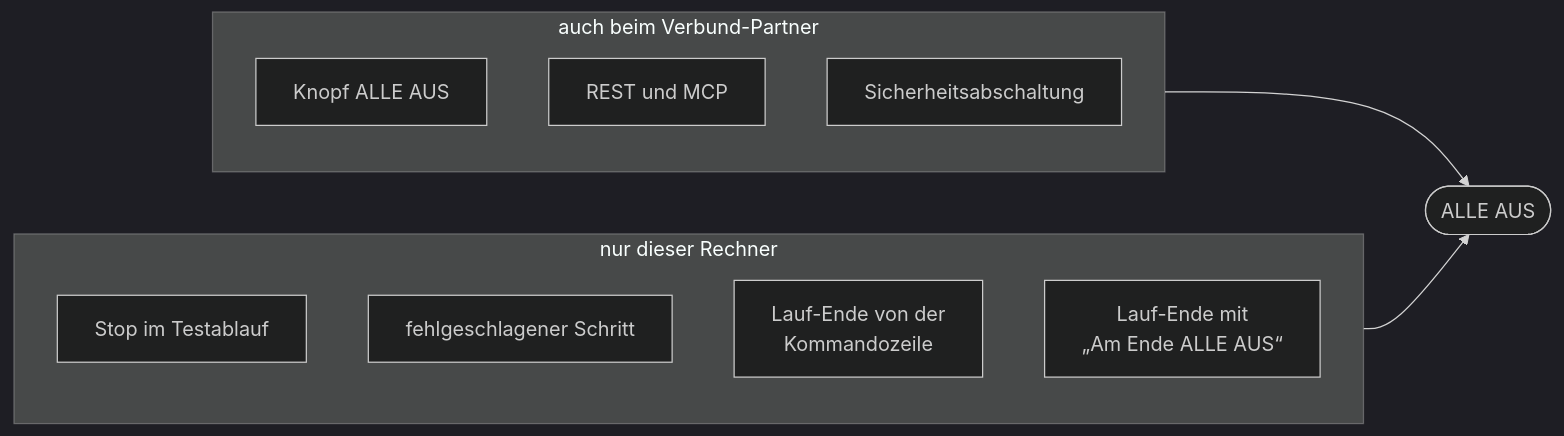
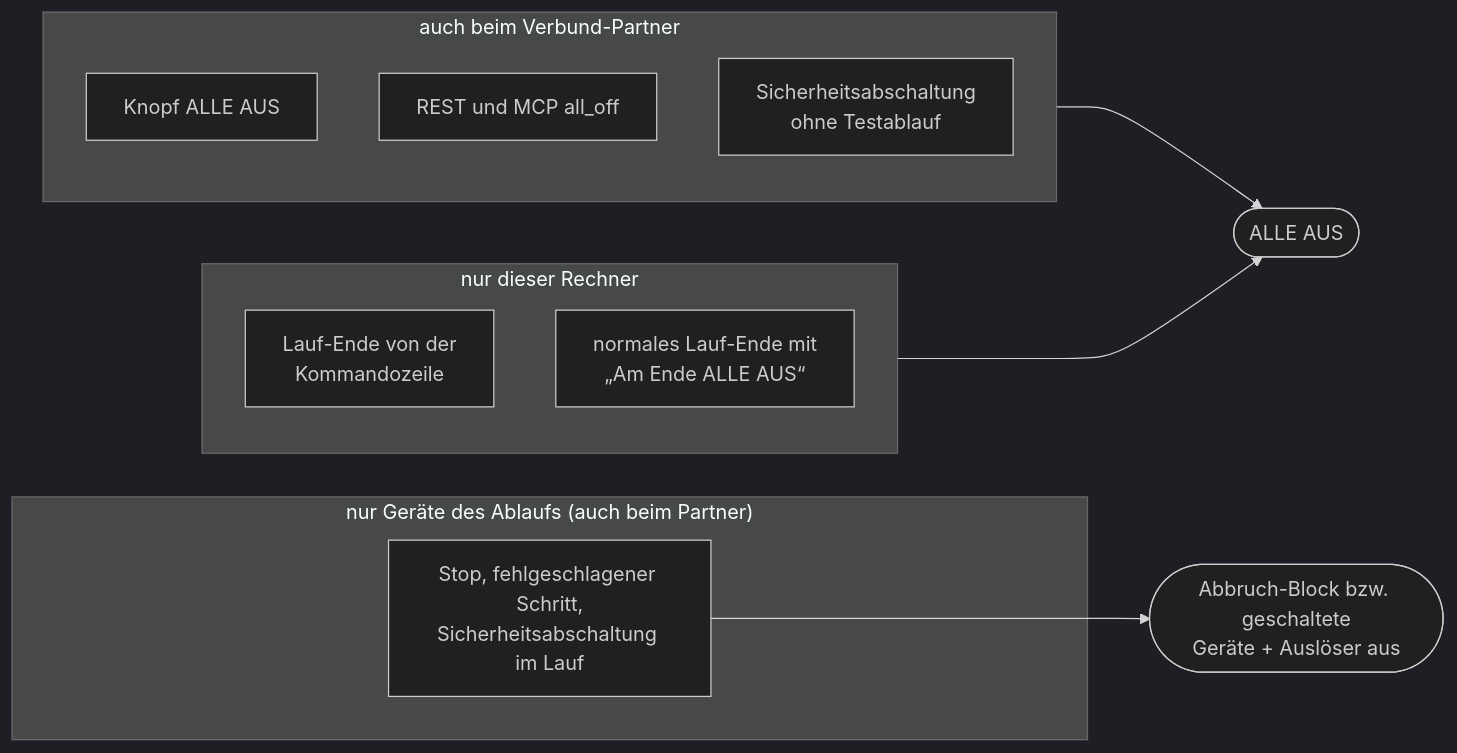
The second of 6 diagrams in docs/de/bedienung.md (danielsimonreinhardt/LabControl), drawn with Mermaid (dark theme) before and after one commit. The commit also changed other lines of this file and 25 other files, not shown here.

````diff
--- a/docs/de/bedienung.md
+++ b/docs/de/bedienung.md
@@ -60,16 +60,18 @@
 ```mermaid
 flowchart LR
   subgraph BEIDE["auch beim Verbund-Partner"]
     K["Knopf ALLE AUS"]
-    NW["REST und MCP"]
-    SA["Sicherheitsabschaltung"]
+    NW["REST und MCP all_off"]
+    SA["Sicherheitsabschaltung<br/>ohne Testablauf"]
   end
   subgraph LOKAL["nur dieser Rechner"]
-    ST["Stop im Testablauf"]
-    FS["fehlgeschlagener Schritt"]
     CL["Lauf-Ende von der<br/>Kommandozeile"]
-    EG["Lauf-Ende mit<br/>„Am Ende ALLE AUS“"]
+    EG["normales Lauf-Ende mit<br/>„Am Ende ALLE AUS“"]
+  end
+  subgraph ABL["nur Geräte des Ablaufs (auch beim Partner)"]
+    ST["Stop, fehlgeschlagener Schritt,<br/>Sicherheitsabschaltung im Lauf"]
   end
   BEIDE --> AA(["ALLE AUS"])
   LOKAL --> AA
+  ST --> AB(["Abbruch-Block bzw. geschaltete<br/>Geräte + Auslöser aus"])
 ```
````
